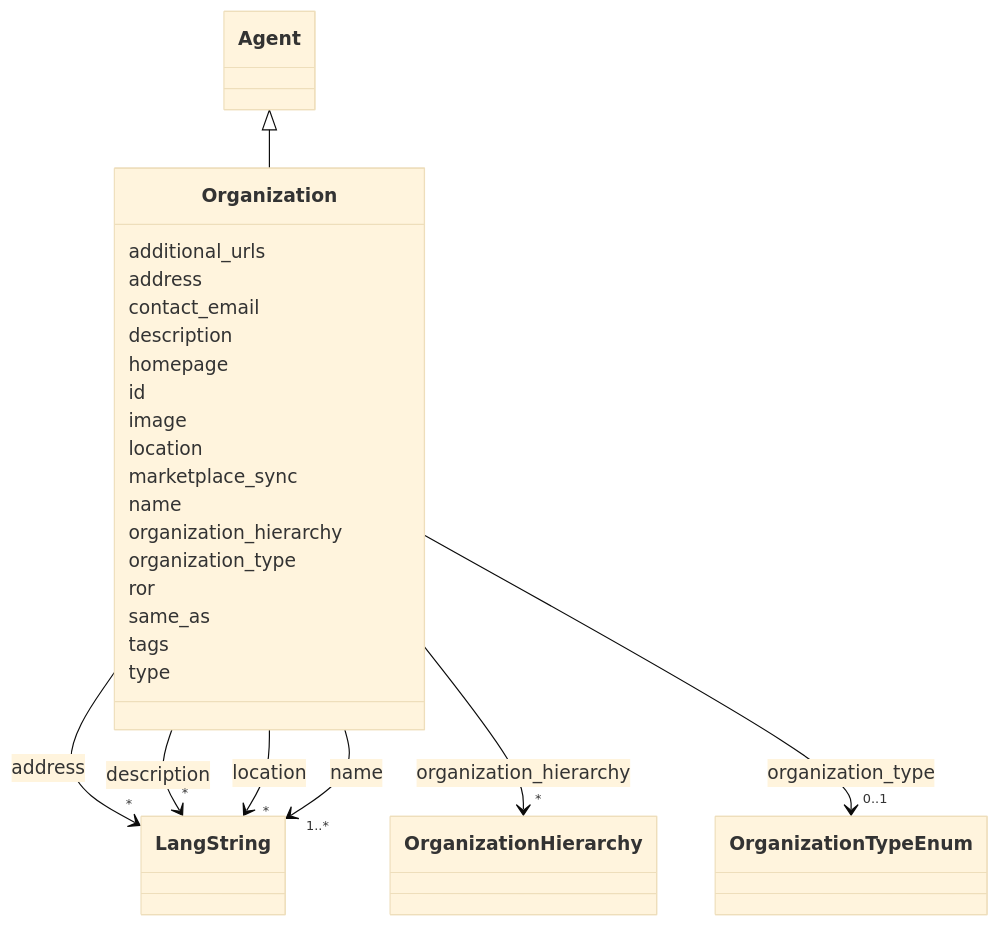
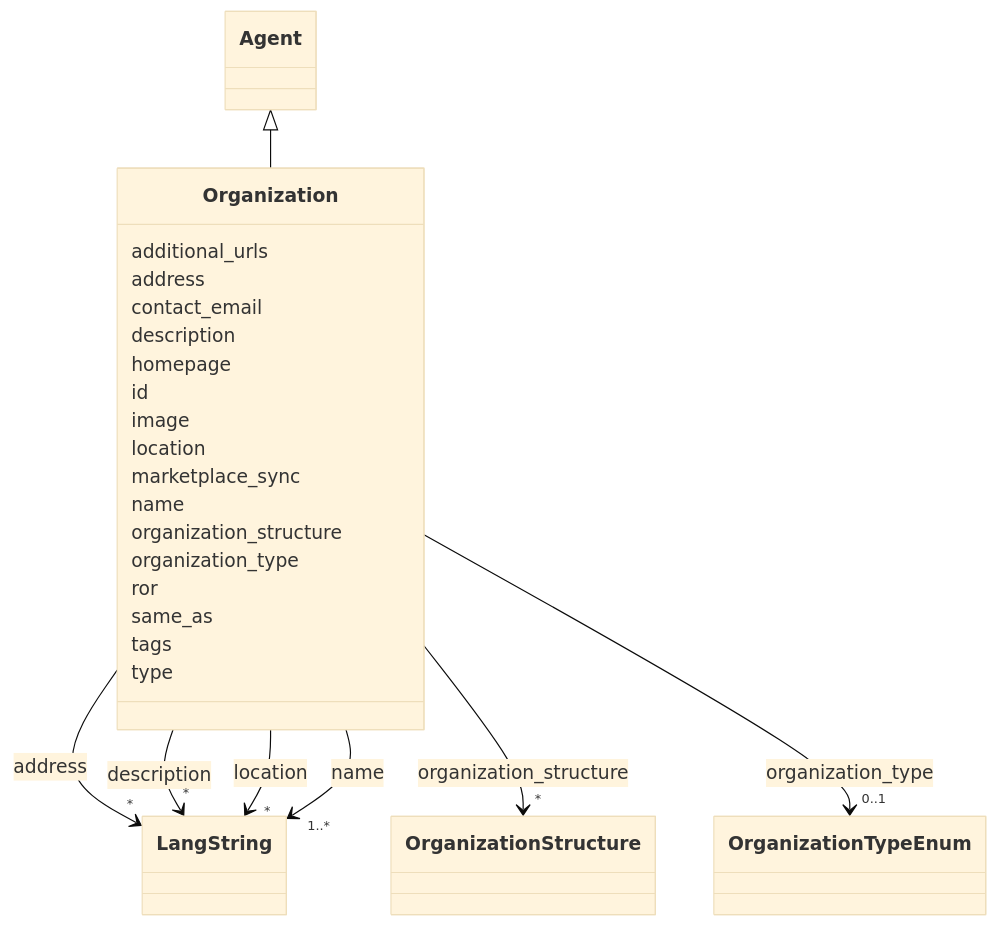
One commit to DARIAH-IL/idhi-manifests changed the diagram in docs/classes/Organization.md. Above: the diagram before and after it, drawn with Mermaid (base theme). The commit also changed other lines of this file and 15 other files, not shown here.

Commit message:
Hierarchy to structure

```diff
--- a/docs/classes/Organization.md
+++ b/docs/classes/Organization.md
@@ -92,15 +92,15 @@
     
 
         
-      Organization : organization_hierarchy
+      Organization : organization_structure
         
           
     
         
         
-        Organization --> "*" OrganizationHierarchy : organization_hierarchy
+        Organization --> "*" OrganizationStructure : organization_structure
         
-        click OrganizationHierarchy href "../../classes/OrganizationHierarchy/"
+        click OrganizationStructure href "../../classes/OrganizationStructure/"
         
     
 
```
